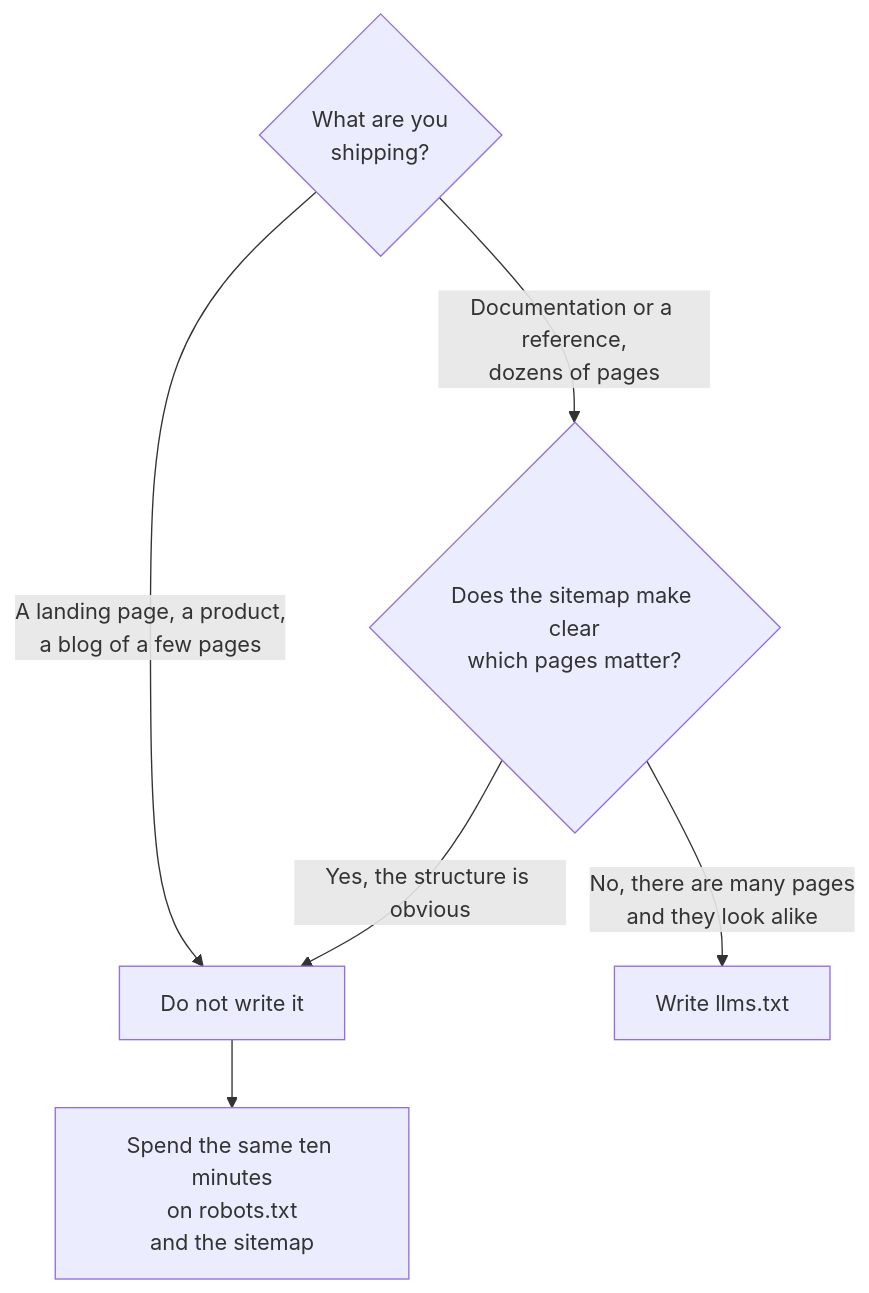
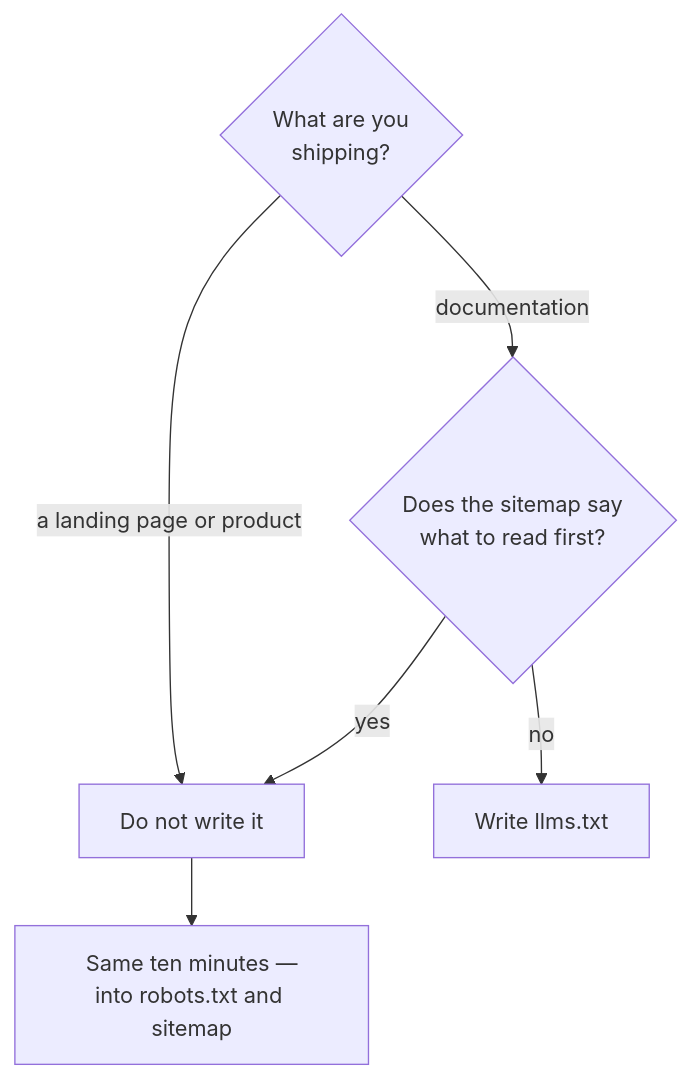
One commit to Smolevich/pet-project-atlas changed the diagram in src/content/docs/geo/llms-txt-and-crawlers.md. Above: the diagram before and after it, drawn with Mermaid. The commit also changed 5 other files, not shown here.

First line of the commit message:
fix(mermaid): подписи не влезали в фигуры и обрезались

````diff
--- a/src/content/docs/geo/llms-txt-and-crawlers.md
+++ b/src/content/docs/geo/llms-txt-and-crawlers.md
@@ -123,9 +123,9 @@
 ```mermaid
 flowchart TD
   A{"What are you<br/>shipping?"}
-  A -->|"Documentation or a reference,<br/>dozens of pages"| B{"Does the sitemap make clear<br/>which pages matter?"}
-  A -->|"A landing page, a product,<br/>a blog of a few pages"| C["Do not write it"]
-  B -->|"No, there are many pages<br/>and they look alike"| D["Write llms.txt"]
-  B -->|"Yes, the structure is obvious"| C
-  C --> E["Spend the same ten minutes<br/>on robots.txt<br/>and the sitemap"]
+  A -->|"documentation"| B{"Does the sitemap say<br/>what to read first?"}
+  A -->|"a landing page or product"| C["Do not write it"]
+  B -->|"no"| D["Write llms.txt"]
+  B -->|"yes"| C
+  C --> E["Same ten minutes —<br/>into robots.txt and sitemap"]
 ```
````
